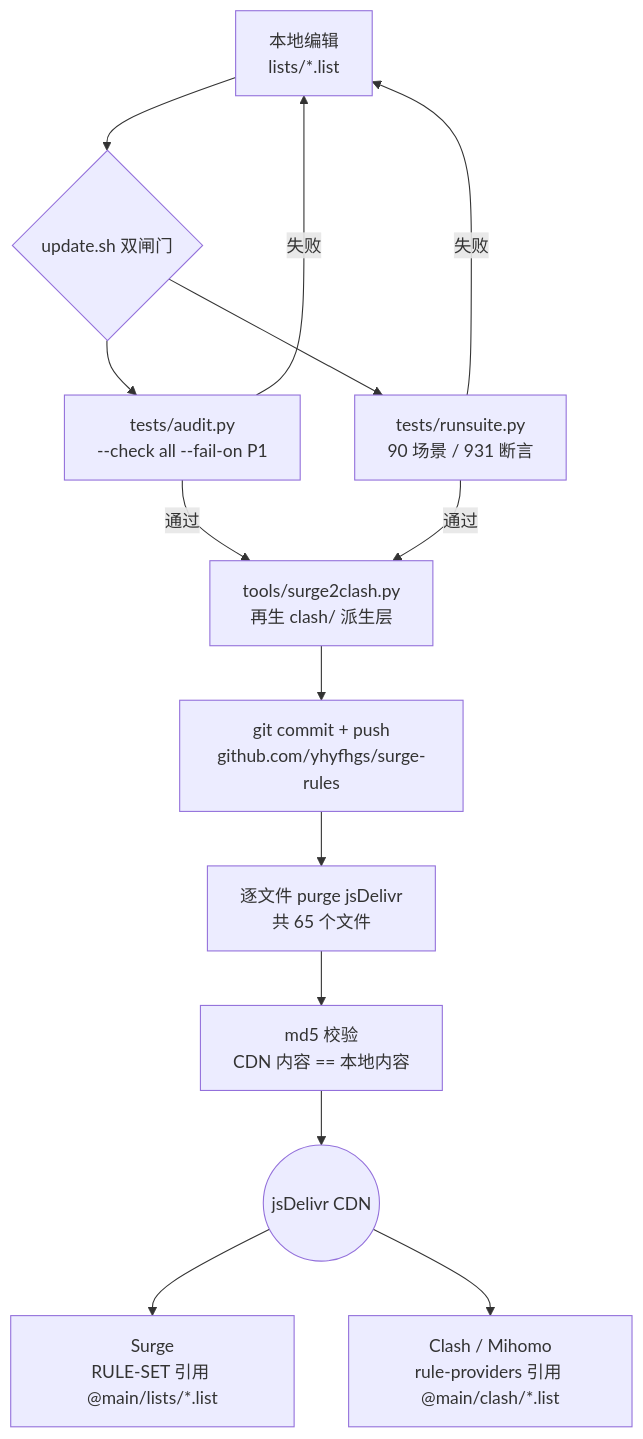
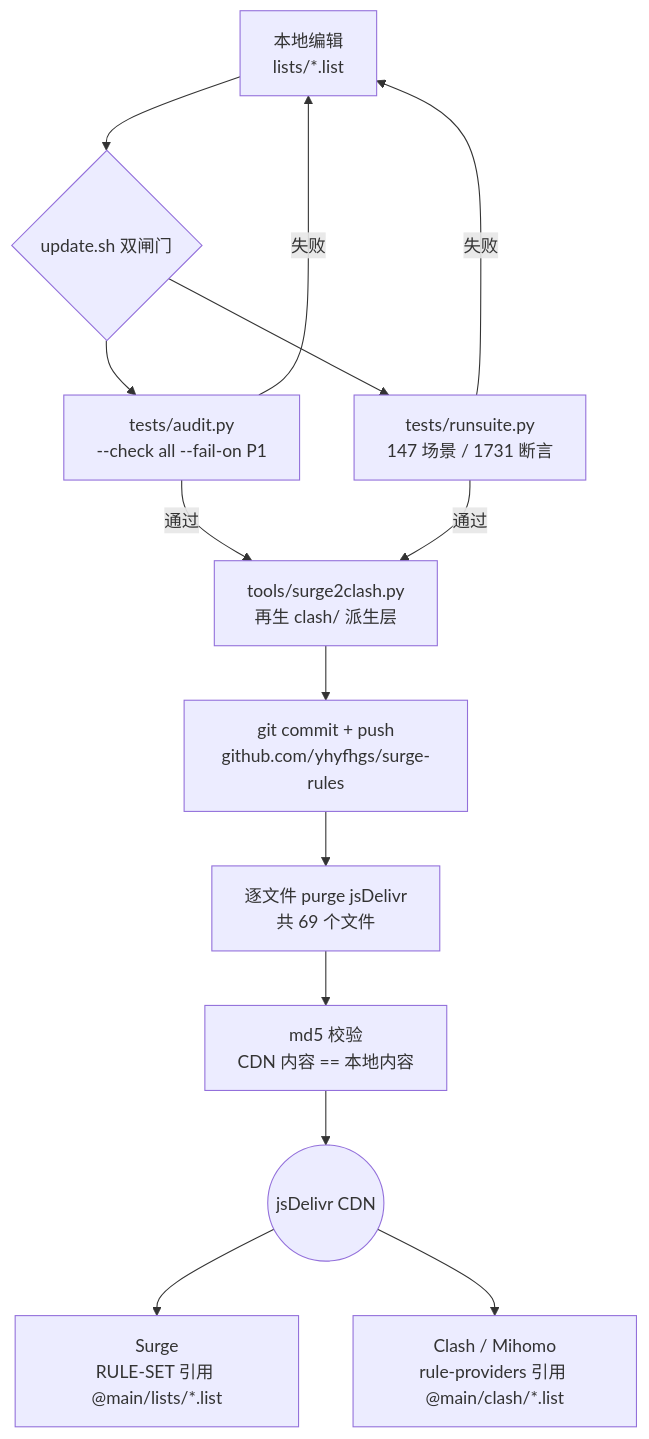
The diagram in README.md (yhyfhgs/surge-rules), drawn with Mermaid before and after one commit. The commit also changed other lines of this file and 61 other files, not shown here.

Commit message:
审计整改两轮：发布链三态化+A8 forbidden 门禁(126 模式)；关键词 104→8(上游对撞恢复精确资产约 400 条)；DownloadCDN 多租户宽后缀/SaaS 组件止血；ChinaIP 等价折叠 22417→11090；共享云段与归属修正(Cursor→AI 等)；runsuite schema 严格化+surge2clash 事务式；147 场景/1731 断言全绿——详见 CHANGELOG 2026-08-31

````diff
--- a/README.md
+++ b/README.md
@@ -11,16 +11,16 @@
 ```mermaid
 flowchart TD
     A["本地编辑<br/>lists/*.list"] --> B{"update.sh 双闸门"}
     B --> B1["tests/audit.py<br/>--check all --fail-on P1"]
-    B --> B2["tests/runsuite.py<br/>90 场景 / 931 断言"]
+    B --> B2["tests/runsuite.py<br/>147 场景 / 1731 断言"]
     B1 -- 失败 --> A
     B2 -- 失败 --> A
     B1 -- 通过 --> C
     B2 -- 通过 --> C["tools/surge2clash.py<br/>再生 clash/ 派生层"]
     C --> D["git commit + push<br/>github.com/yhyfhgs/surge-rules"]
-    D --> E["逐文件 purge jsDelivr<br/>共 65 个文件"]
+    D --> E["逐文件 purge jsDelivr<br/>共 69 个文件"]
     E --> F["md5 校验<br/>CDN 内容 == 本地内容"]
     F --> G(("jsDelivr CDN"))
     G --> H["Surge<br/>RULE-SET 引用 @main/lists/*.list"]
     G --> I["Clash / Mihomo<br/>rule-providers 引用 @main/clash/*.list"]
 ```
````
